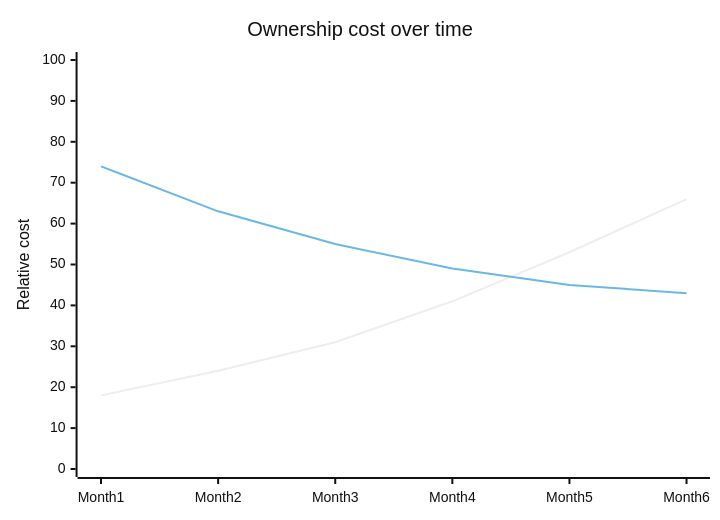
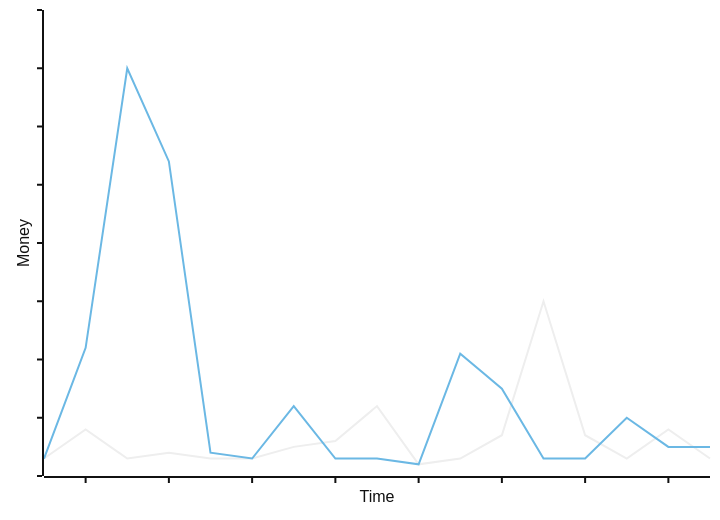
One commit to hschne/slides-2026-gems-are-overrated changed the diagram in pages/02-methodology.md. Above: the diagram before and after it, drawn with Mermaid (neutral theme). The commit also changed other lines of this file and 5 other files, not shown here.

````diff
--- a/pages/02-methodology.md
+++ b/pages/02-methodology.md
@@ -45,8 +30,13 @@
 ```mermaid
-xychart-beta
-  title "Ownership cost over time"
-  x-axis [Month1, Month2, Month3, Month4, Month5, Month6]
-  y-axis "Relative cost" 0 --> 100
-  line [18, 24, 31, 41, 53, 66]
-  line [74, 63, 55, 49, 45, 43]
+%%{init: {
+  "xyChart": {
+    "xAxis": { "showLabel": false },
+    "yAxis": { "showLabel": false }
+  }
+}}%%
+xychart
+  x-axis "Time" 
+  y-axis "Money" 0 --> 80
+  line [3,  8, 3, 4, 3, 3, 5, 6, 12, 2, 3, 7, 30, 7, 3, 8, 3]
+  line [3, 22, 70, 54, 4, 3, 12, 3, 3, 2, 21, 15, 3, 3, 10, 5, 5]
 ```
````
